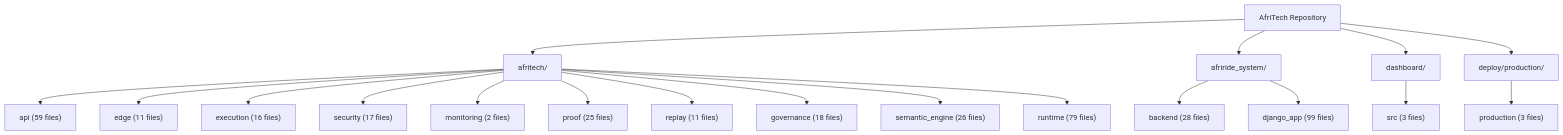
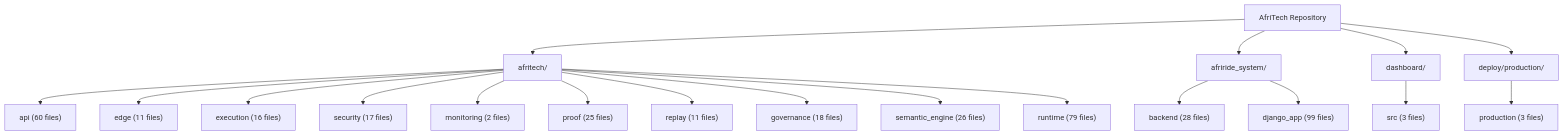
One commit to Strelly2023/afritelematics changed the second of 2 diagrams in docs/architecture/AFRITECH_FULL_ARCHITECTURE_GRAPH.md. Above: the diagram before and after it, drawn with Mermaid. The commit also changed other lines of this file and 1 other file, not shown here.

````diff
--- a/docs/architecture/AFRITECH_FULL_ARCHITECTURE_GRAPH.md
+++ b/docs/architecture/AFRITECH_FULL_ARCHITECTURE_GRAPH.md
@@ -64,23 +64,23 @@
 ```mermaid
 flowchart TD
     Root["AfriTech Repository"] --> Core["afritech/"]
     Root --> Ride["afriride_system/"]
     Root --> Ui["dashboard/"]
     Root --> Deploy["deploy/production/"]
 
-    Core --> Api["api (59 files)"]
+    Core --> Api["api (60 files)"]
     Core --> Edge["edge (11 files)"]
     Core --> Execution["execution (16 files)"]
     Core --> Security["security (17 files)"]
     Core --> Monitoring["monitoring (2 files)"]
     Core --> Proof["proof (25 files)"]
     Core --> Replay["replay (11 files)"]
     Core --> Governance["governance (18 files)"]
     Core --> Semantic["semantic_engine (26 files)"]
     Core --> Runtime["runtime (79 files)"]
 
     Ride --> Backend["backend (28 files)"]
     Ride --> Django["django_app (99 files)"]
     Ui --> Dashboard["src (3 files)"]
     Deploy --> Production["production (3 files)"]
 ```
````
